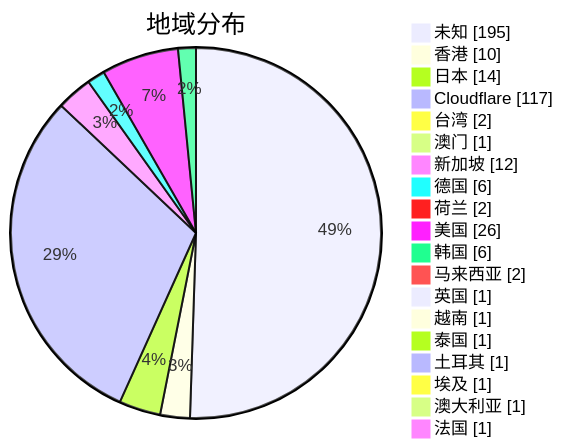
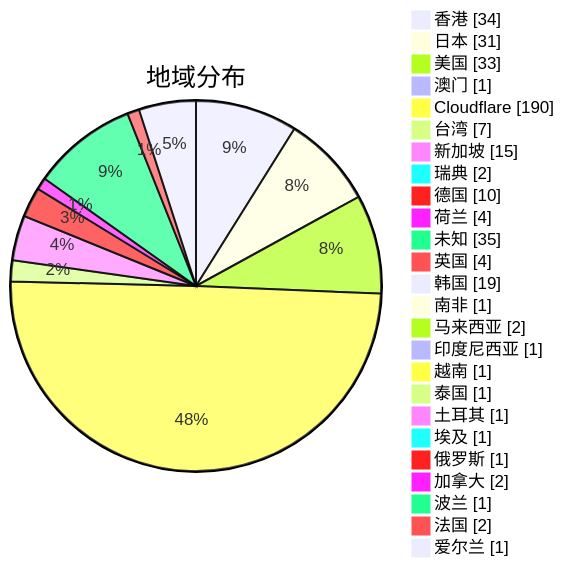
Before and after one commit to qjlxg/airport: the second of 3 diagrams in subs/statistics/tested_within.md, drawn with Mermaid. The commit also changed other lines of this file and 2 other files, not shown here.

Commit message:
Tested by metaST

````diff
--- a/subs/statistics/tested_within.md
+++ b/subs/statistics/tested_within.md
@@ -13,23 +13,29 @@
 ```mermaid
 pie showData
 title 地域分布
-"未知" : 195
-"香港" : 10
-"日本" : 14
-"Cloudflare" : 117
-"台湾" : 2
+"香港" : 34
+"日本" : 31
+"美国" : 33
 "澳门" : 1
-"新加坡" : 12
-"德国" : 6
-"荷兰" : 2
-"美国" : 26
-"韩国" : 6
+"Cloudflare" : 190
+"台湾" : 7
+"新加坡" : 15
+"瑞典" : 2
+"德国" : 10
+"荷兰" : 4
+"未知" : 35
+"英国" : 4
+"韩国" : 19
+"南非" : 1
 "马来西亚" : 2
-"英国" : 1
+"印度尼西亚" : 1
 "越南" : 1
 "泰国" : 1
 "土耳其" : 1
 "埃及" : 1
-"澳大利亚" : 1
-"法国" : 1
+"俄罗斯" : 1
+"加拿大" : 2
+"波兰" : 1
+"法国" : 2
+"爱尔兰" : 1
 ```
````
